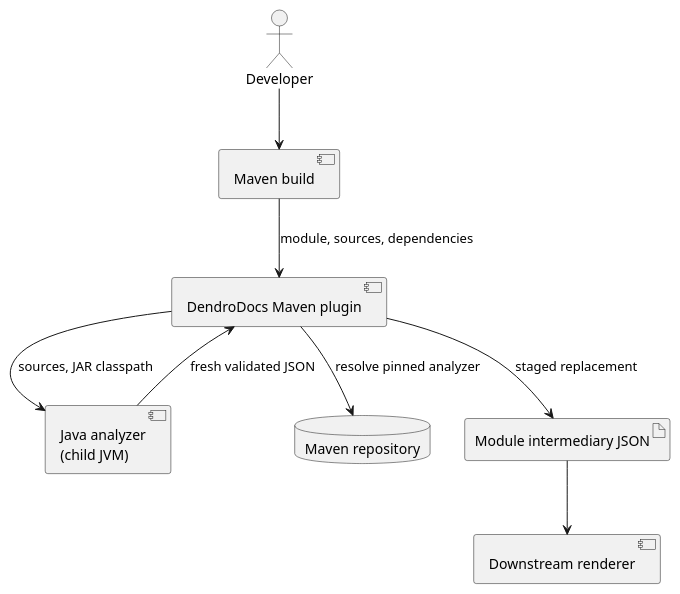
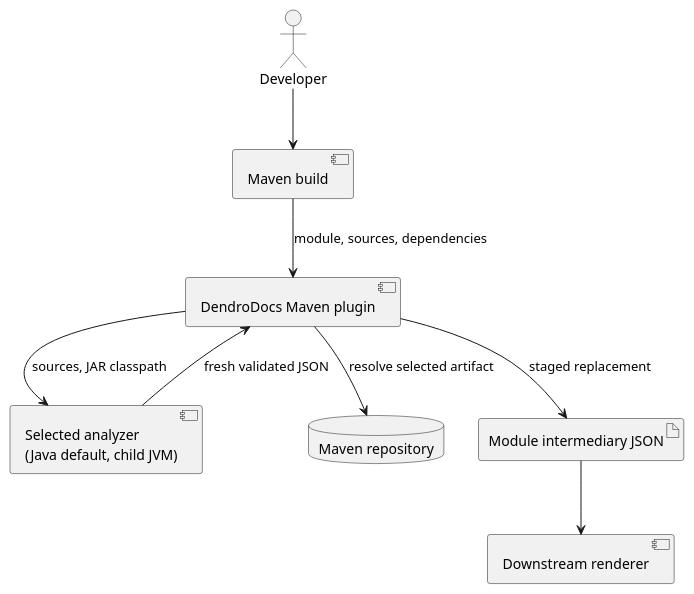
Before and after one commit to dendrodocs/maven-plugin: the diagram in docs/arc42/images/03/business-context.puml, drawn with PlantUML. The commit also changed 38 other files, not shown here.

Commit message:
Allow standalone analyzer selection with Java as the default

```diff
--- a/docs/arc42/images/03/business-context.puml
+++ b/docs/arc42/images/03/business-context.puml
@@ -1,16 +1,16 @@
 @startuml
 actor Developer
 component "Maven build" as Maven
 component "DendroDocs Maven plugin" as Plugin
-component "Java analyzer\n(child JVM)" as Tool
+component "Selected analyzer\n(Java default, child JVM)" as Tool
 database "Maven repository" as Repo
 artifact "Module intermediary JSON" as JSON
 component "Downstream renderer" as Renderer
 Developer --> Maven
 Maven --> Plugin : module, sources, dependencies
-Plugin --> Repo : resolve pinned analyzer
+Plugin --> Repo : resolve selected artifact
 Plugin --> Tool : sources, JAR classpath
 Tool --> Plugin : fresh validated JSON
 Plugin --> JSON : staged replacement
 JSON --> Renderer
 @enduml
```
